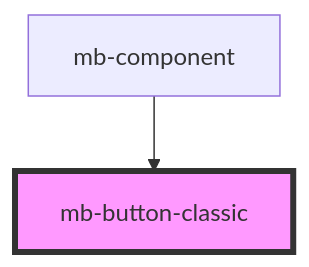
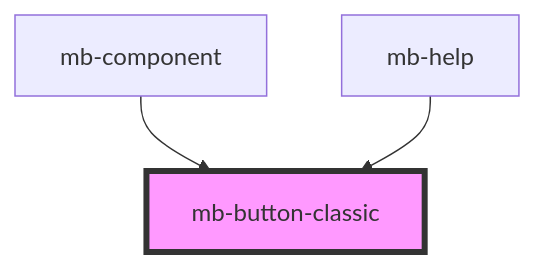
One commit to blinkcard/blinkcard-in-browser changed the diagram in ui/docs/components/shared/mb-button-classic/readme.md. Above: the diagram before and after it, drawn with Mermaid. The commit also changed other lines of this file and 86 other files, not shown here.

````diff
--- a/ui/docs/components/shared/mb-button-classic/readme.md
+++ b/ui/docs/components/shared/mb-button-classic/readme.md
@@ -25,5 +34,6 @@
 ```mermaid
 graph TD;
   mb-component --> mb-button-classic
+  mb-help --> mb-button-classic
   style mb-button-classic fill:#f9f,stroke:#333,stroke-width:4px
 ```
````
